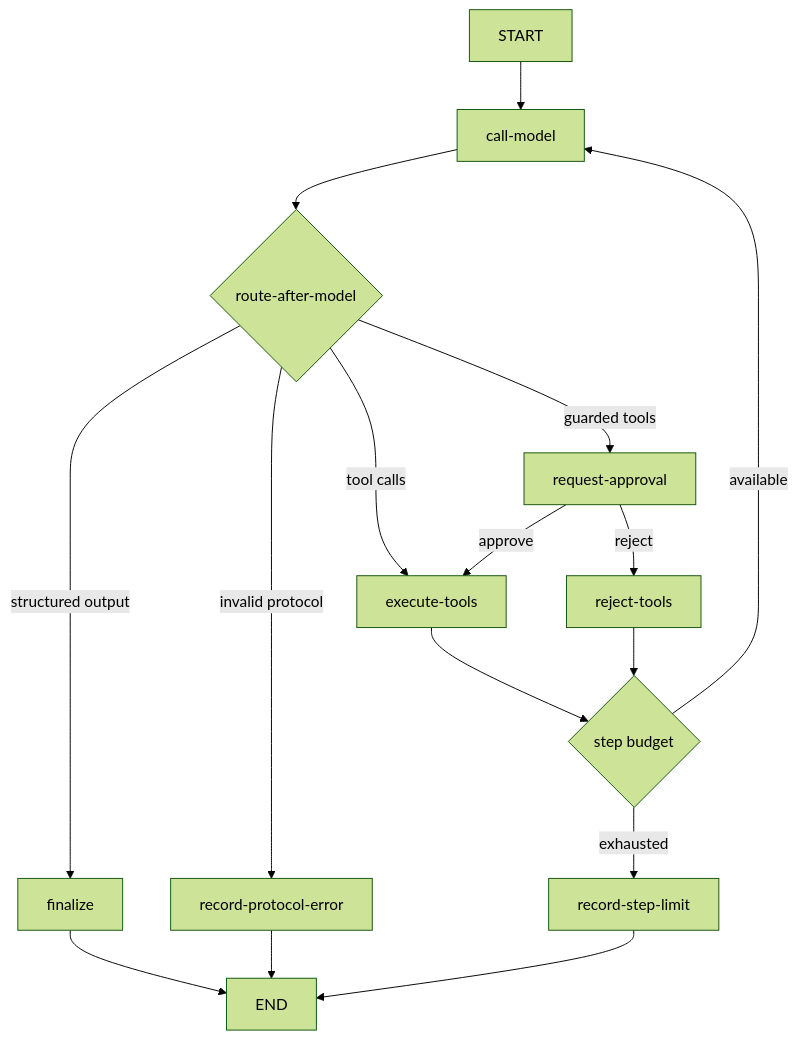
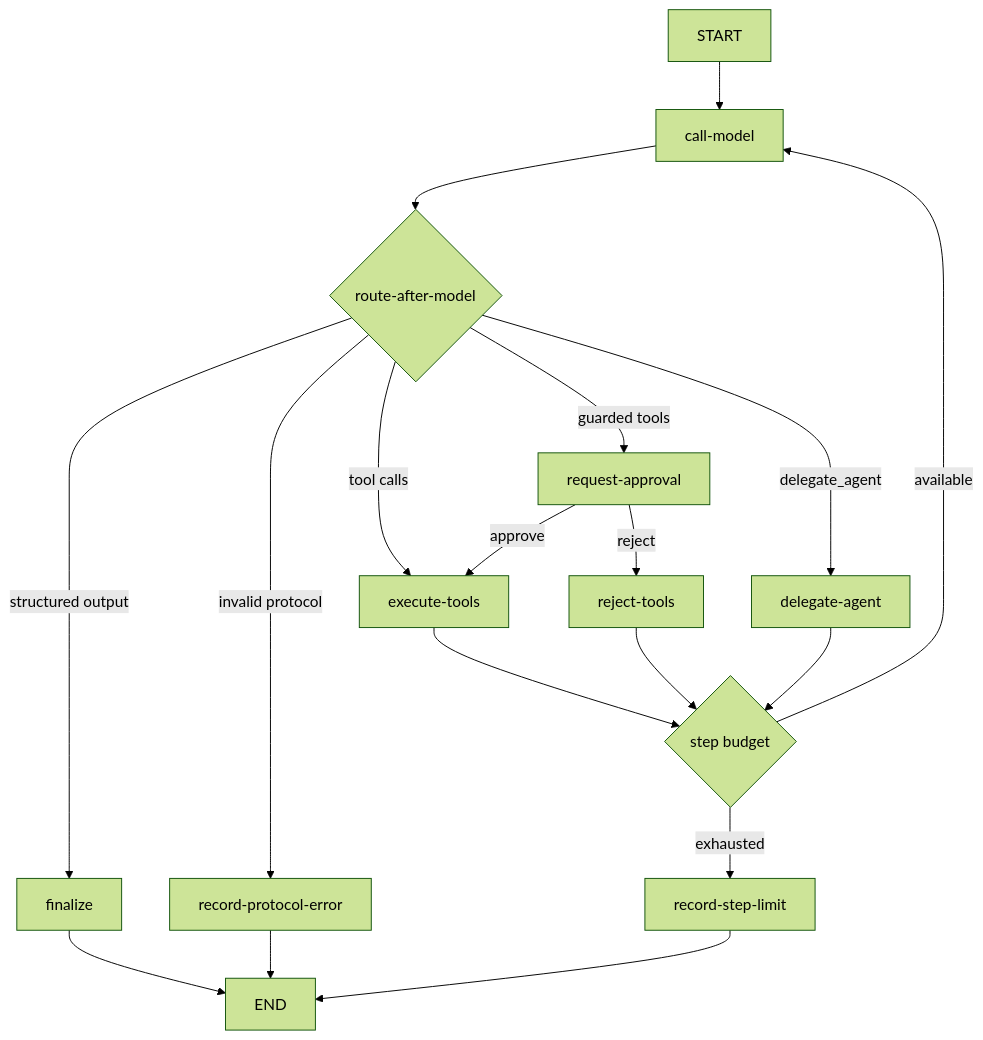
One commit to sarreche/boio-agents-lab changed the second of 4 diagrams in README.md. Above: the diagram before and after it, drawn with Mermaid (forest theme). The commit also changed other lines of this file and 28 other files, not shown here.

Commit message:
feat(subagents): add explicit delegation flow

````diff
--- a/README.md
+++ b/README.md
@@ -129,18 +138,20 @@
 ```mermaid
 flowchart TD
     START --> CallModel[call-model]
     CallModel --> Route{route-after-model}
     Route -->|tool calls| ExecuteTools[execute-tools]
     Route -->|guarded tools| Approval[request-approval]
     Approval -->|approve| ExecuteTools
     Approval -->|reject| RejectTools[reject-tools]
+    Route -->|delegate_agent| Delegate[delegate-agent]
     Route -->|structured output| Finalize[finalize]
     Route -->|invalid protocol| Protocol[record-protocol-error]
     ExecuteTools --> Budget{step budget}
     RejectTools --> Budget
+    Delegate --> Budget
     Budget -->|available| CallModel
     Budget -->|exhausted| Limit[record-step-limit]
     Finalize --> END
     Protocol --> END
     Limit --> END
 ```
````
